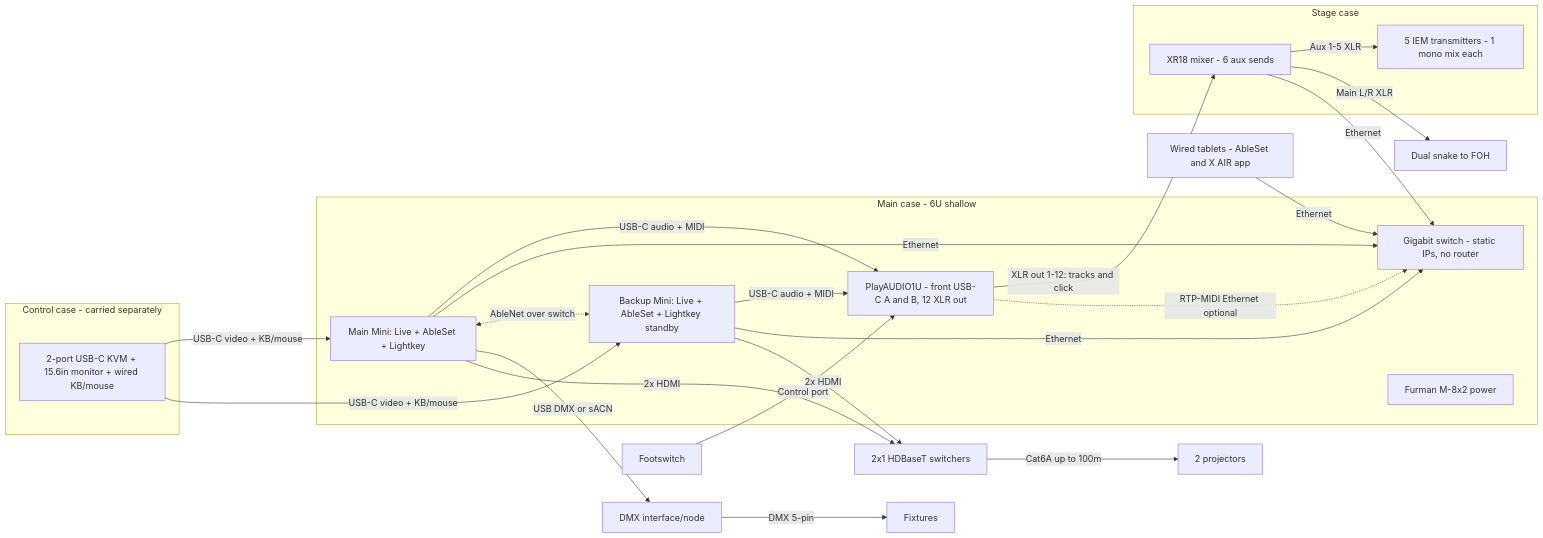
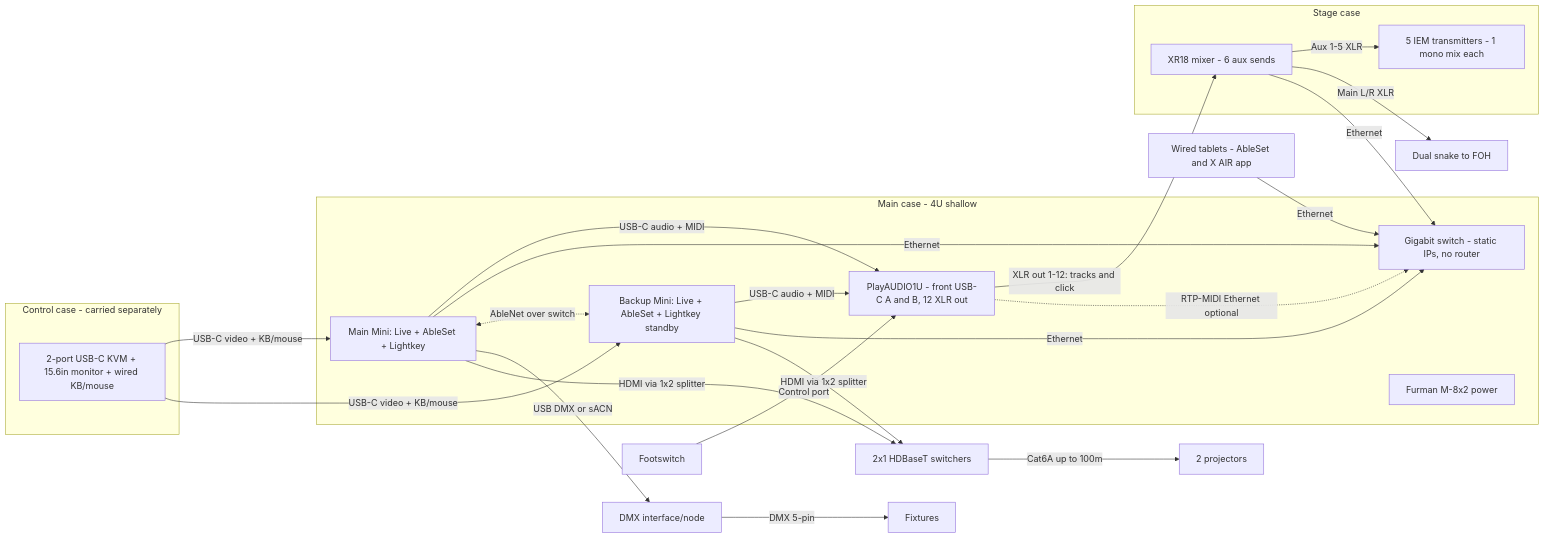
Before and after one commit to kemckai/efc-playback-rig: the first of 2 diagrams in README.md, drawn with Mermaid. The commit also changed other lines of this file and 8 other files, not shown here.

````diff
--- a/README.md
+++ b/README.md
@@ -57,36 +57,36 @@
 ```mermaid
 flowchart LR
   subgraph CTRL[Control case - carried separately]
     KVM[2-port USB-C KVM + 15.6in monitor + wired KB/mouse]
   end
-  subgraph MAIN[Main case - 6U shallow]
+  subgraph MAIN[Main case - 4U shallow]
     MM[Main Mini: Live + AbleSet + Lightkey]
     BM[Backup Mini: Live + AbleSet + Lightkey standby]
     SW[Gigabit switch - static IPs, no router]
     PA[PlayAUDIO1U - front USB-C A and B, 12 XLR out]
     PWR[Furman M-8x2 power]
   end
   subgraph STAGE[Stage case]
     XR[XR18 mixer - 6 aux sends]
     IEM[5 IEM transmitters - 1 mono mix each]
   end
   MM -- USB-C audio + MIDI --> PA
   BM -- USB-C audio + MIDI --> PA
   PA -- "XLR out 1-12: tracks and click" --> XR
   XR -- Aux 1-5 XLR --> IEM
   XR -- Main L/R XLR --> SNAKE[Dual snake to FOH]
   MM -- Ethernet --> SW
   BM -- Ethernet --> SW
   XR -- Ethernet --> SW
   PA -. RTP-MIDI Ethernet optional .-> SW
   TAB[Wired tablets - AbleSet and X AIR app] -- Ethernet --> SW
   MM <-. AbleNet over switch .-> BM
   MM -- USB DMX or sACN --> DMX[DMX interface/node]
   DMX -- DMX 5-pin --> FIX[Fixtures]
-  MM -- 2x HDMI --> VSW[2x1 HDBaseT switchers]
-  BM -- 2x HDMI --> VSW
+  MM -- "HDMI via 1x2 splitter" --> VSW[2x1 HDBaseT switchers]
+  BM -- "HDMI via 1x2 splitter" --> VSW
   VSW -- Cat6A up to 100m --> PROJ[2 projectors]
   KVM -- USB-C video + KB/mouse --> MM
   KVM -- USB-C video + KB/mouse --> BM
   FS[Footswitch] -- Control port --> PA
 ```
````
